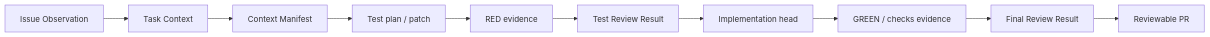
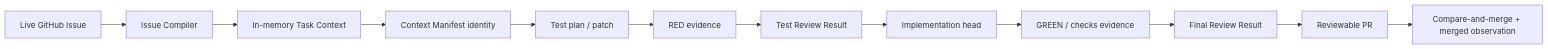
The diagram in docs/spec/02_reliability-strategy/README.md (mrbaron3/kudo), drawn with Mermaid before and after one commit. The commit also changed other lines of this file and 54 other files, not shown here.

First line of the commit message:
Define live context reconstruction checkpoint

````diff
--- a/docs/spec/02_reliability-strategy/README.md
+++ b/docs/spec/02_reliability-strategy/README.md
@@ -61,12 +64,14 @@
 ```mermaid
 flowchart LR
-    IO[Issue Observation] --> TC[Task Context]
-    TC --> CM[Context Manifest]
+    GH[Live GitHub Issue] --> IC[Issue Compiler]
+    IC --> TC[In-memory Task Context]
+    TC --> CM[Context Manifest identity]
     CM --> TP[Test plan / patch]
     TP --> RED[RED evidence]
     RED --> TR[Test Review Result]
     TR --> HEAD[Implementation head]
     HEAD --> GREEN[GREEN / checks evidence]
     GREEN --> FR[Final Review Result]
     FR --> PR[Reviewable PR]
+    PR --> MG[Compare-and-merge + merged observation]
 ```
````
